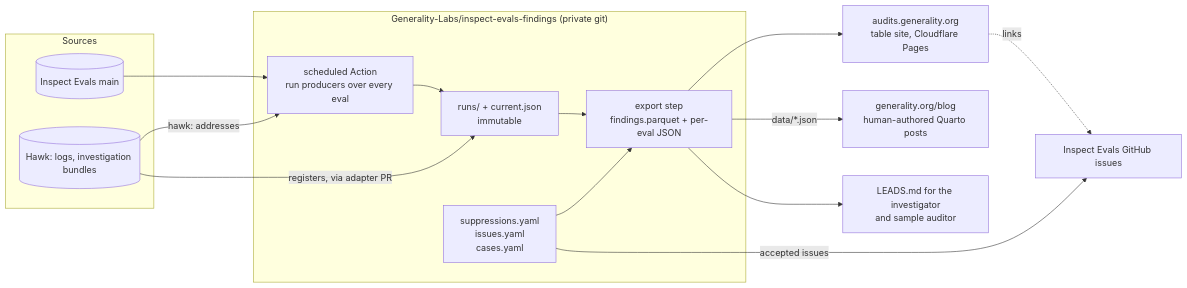
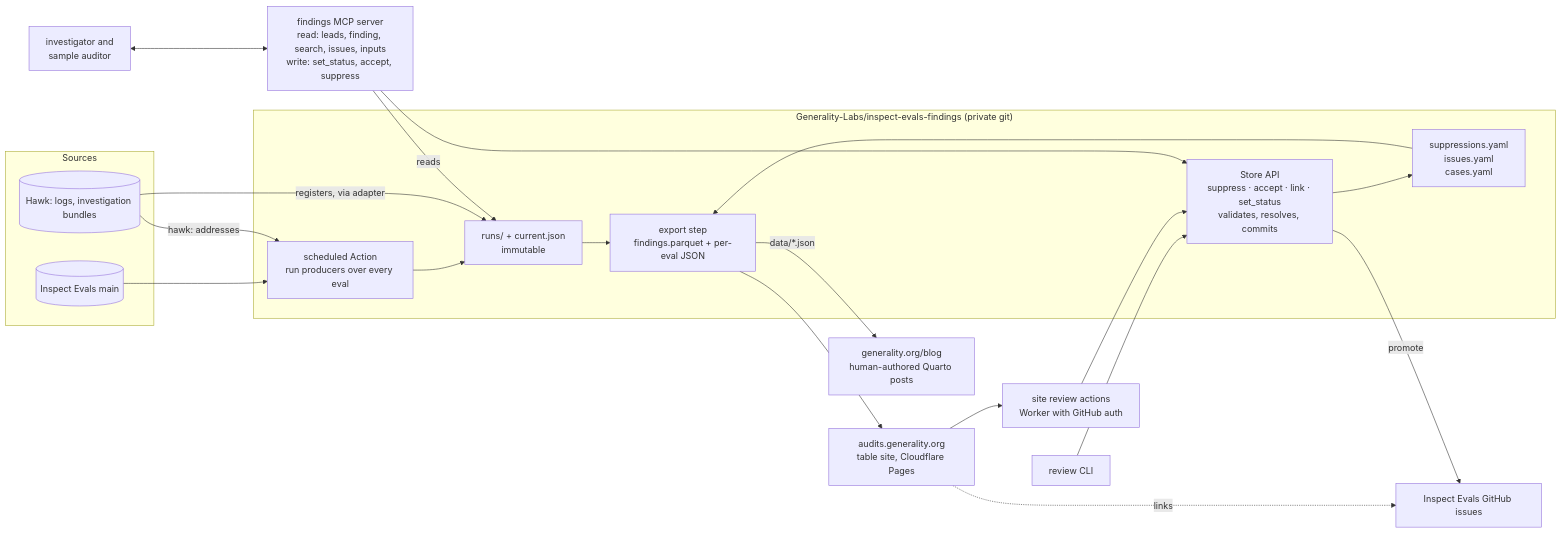
The diagram in docs/v1-architecture.md (Generality-Labs/inspect_audit), drawn with Mermaid before and after one commit. The commit also changed other lines of this file, not shown here.

Commit message:
docs: review goes through a Store API with three clients; leads pulled live over MCP with the staged file as fallback
The review files stay as the persistence format but nobody edits them:
a Store API (suppress, accept, link, set status) resolves, validates,
writes and commits, behind a review CLI, review actions on the table
site via a Worker, and a findings MCP server for the agents. Promote
files the GitHub issue and records the link in one step. The investigator
and sample auditor pull leads over MCP and write status history live;
LEADS.md remains the cached fallback. Build order: Store API and CLI
first, then the repo and scheduled run, then the MCP server.

````diff
--- a/docs/v1-architecture.md
+++ b/docs/v1-architecture.md
@@ -7,24 +7,31 @@
 ```mermaid
 flowchart LR
     subgraph sources["Sources"]
         IE[(Inspect Evals main)]
         HAWK[(Hawk: logs, investigation bundles)]
     end
     subgraph store["Generality-Labs/inspect-evals-findings (private git)"]
         ACT[scheduled Action<br/>run producers over every eval]
         RUNS[runs/ + current.json<br/>immutable]
         REVIEW[suppressions.yaml<br/>issues.yaml<br/>cases.yaml]
+        API[Store API<br/>suppress · accept · link · set_status<br/>validates, resolves, commits]
         EXPORT[export step<br/>findings.parquet + per-eval JSON]
         ACT --> RUNS
+        API --> REVIEW
         RUNS --> EXPORT
         REVIEW --> EXPORT
     end
     IE --> ACT
     HAWK -- hawk: addresses --> ACT
-    HAWK -- registers, via adapter PR --> RUNS
+    HAWK -- registers, via adapter --> RUNS
+    CLI[review CLI] --> API
+    WORKER[site review actions<br/>Worker with GitHub auth] --> API
+    MCP[findings MCP server<br/>read: leads, finding, search, issues, inputs<br/>write: set_status, accept, suppress] --> API
+    MCP -- reads --> RUNS
+    AGENTS[investigator and<br/>sample auditor] <--> MCP
     EXPORT --> SITE[audits.generality.org<br/>table site, Cloudflare Pages]
+    SITE --> WORKER
     EXPORT -- data/*.json --> BLOG[generality.org/blog<br/>human-authored Quarto posts]
-    EXPORT --> LEADS[LEADS.md for the investigator<br/>and sample auditor]
-    REVIEW -- accepted issues --> GH[Inspect Evals GitHub issues]
+    API -- promote --> GH[Inspect Evals GitHub issues]
     SITE -.links.-> GH
 ```
````
